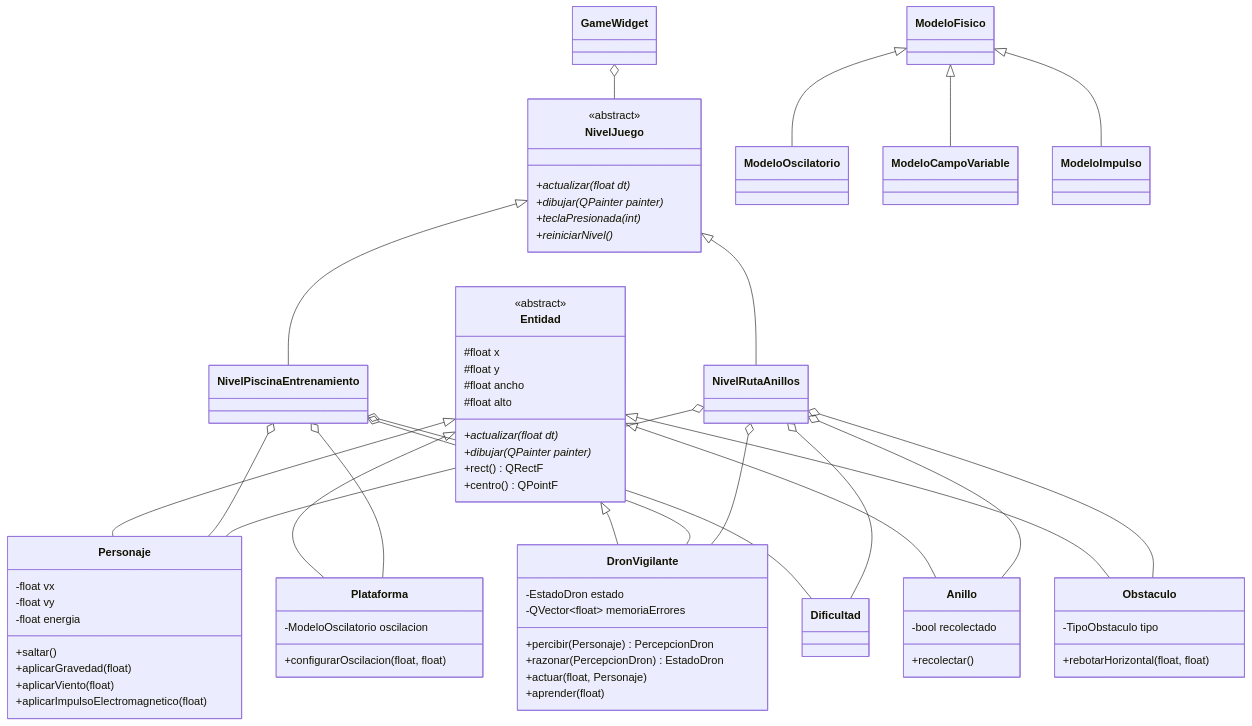
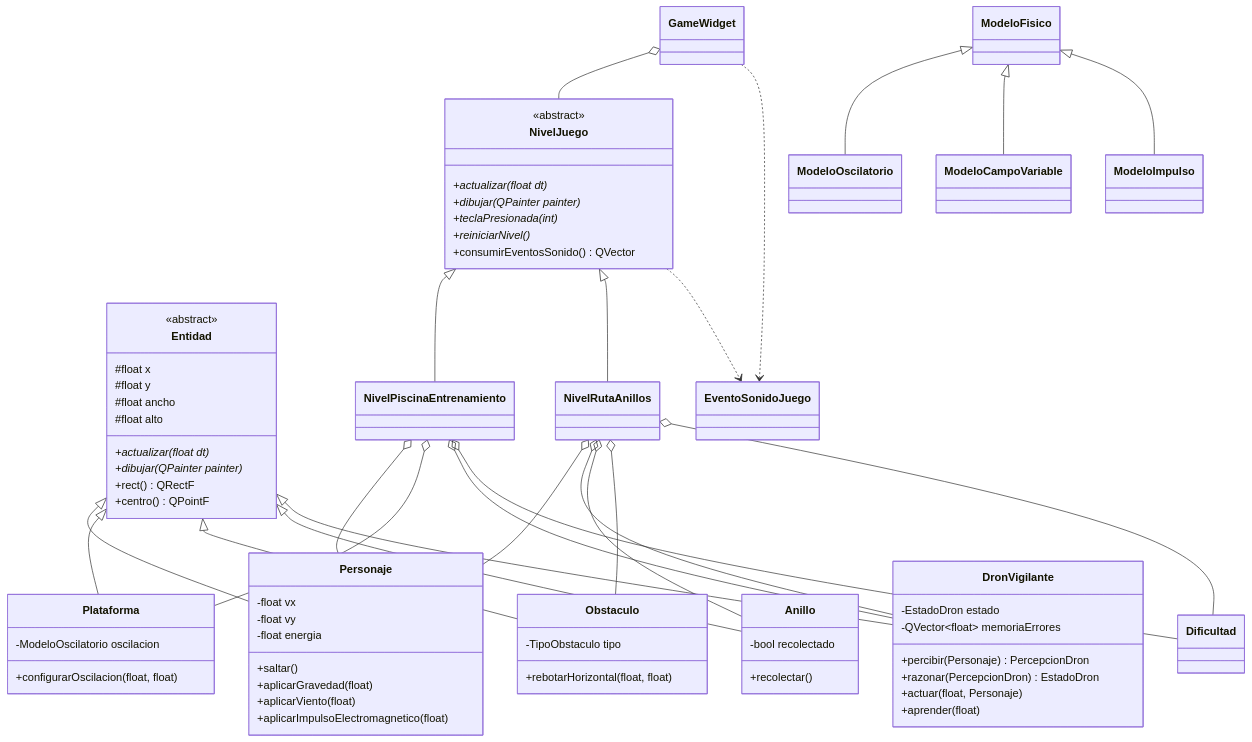
One commit to josemanuelposada-collab/Clavados-en-Ciudad-academia changed the diagram in DIAGRAMA_CLASES_RESUMEN.md. Above: the diagram before and after it, drawn with Mermaid. The commit also changed other lines of this file and 2 other files, not shown here.

Commit message:
Documentar sustentacion y checklist final

```diff
--- a/DIAGRAMA_CLASES_RESUMEN.md
+++ b/DIAGRAMA_CLASES_RESUMEN.md
@@ -54,11 +54,13 @@
         +dibujar(QPainter painter)*
         +teclaPresionada(int)*
         +reiniciarNivel()*
+        +consumirEventosSonido() QVector
     }
 
     class NivelPiscinaEntrenamiento
     class NivelRutaAnillos
     class GameWidget
+    class EventoSonidoJuego
     class Dificultad
     class ModeloFisico
     class ModeloOscilatorio
@@ -77,6 +79,8 @@
     ModeloFisico <|-- ModeloImpulso
 
     GameWidget o-- NivelJuego
+    GameWidget ..> EventoSonidoJuego
+    NivelJuego ..> EventoSonidoJuego
     NivelPiscinaEntrenamiento o-- Personaje
     NivelPiscinaEntrenamiento o-- Plataforma
     NivelPiscinaEntrenamiento o-- DronVigilante
```
